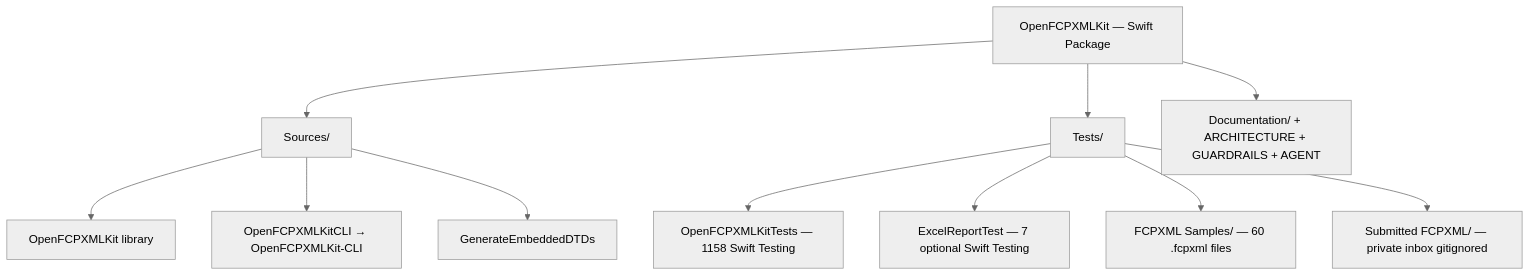
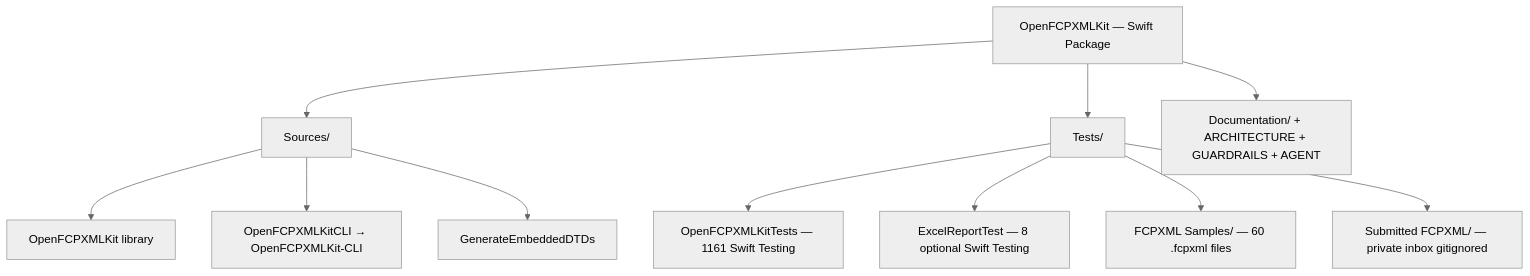
The first of 6 diagrams in ARCHITECTURE.md (TheAcharya/OpenFCPXMLKit), drawn with Mermaid (neutral theme) before and after one commit. The commit also changed other lines of this file and 25 other files, not shown here.

````diff
--- a/ARCHITECTURE.md
+++ b/ARCHITECTURE.md
@@ -216,17 +216,17 @@
 ```mermaid
 flowchart TB
     Pkg["OpenFCPXMLKit — Swift Package"]
 
     Pkg --> SRC["Sources/"]
     Pkg --> TST["Tests/"]
     Pkg --> DOC["Documentation/ + ARCHITECTURE + GUARDRAILS + AGENT"]
 
     SRC --> LIB["OpenFCPXMLKit library"]
     SRC --> CLI["OpenFCPXMLKitCLI → OpenFCPXMLKit-CLI"]
     SRC --> GEN["GenerateEmbeddedDTDs"]
 
-    TST --> OKT["OpenFCPXMLKitTests — 1158 Swift Testing"]
-    TST --> ERT["ExcelReportTest — 7 optional Swift Testing"]
+    TST --> OKT["OpenFCPXMLKitTests — 1161 Swift Testing"]
+    TST --> ERT["ExcelReportTest — 8 optional Swift Testing"]
     TST --> SMP["FCPXML Samples/ — 60 .fcpxml files"]
     TST --> SUB["Submitted FCPXML/ — private inbox gitignored"]
 ```
````
